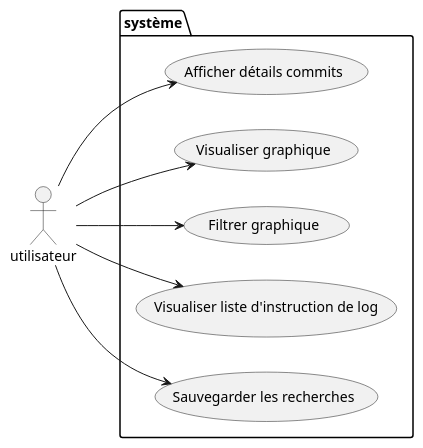
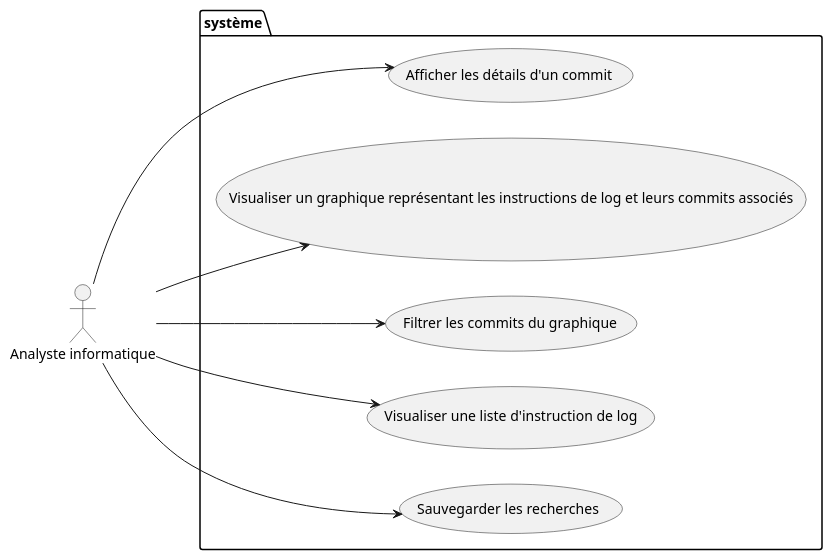
The diagram in doc/usecase.puml (woofi7/Outil-de-visualisation-evolution-des-traces-execution), drawn with PlantUML before and after one commit. The commit also changed 5 other files, not shown here.

```diff
--- a/doc/usecase.puml
+++ b/doc/usecase.puml
@@ -1,17 +1,17 @@
 @startuml usecase
 left to right direction
-actor utilisateur
+actor "Analyste informatique" as ana
 package système{
-    usecase "Afficher détails commits" as UC1
-    usecase "Visualiser graphique" as UC2
-    usecase "Filtrer graphique" as UC3
-    usecase "Visualiser liste d'instruction de log" as UC4
+    usecase "Afficher les détails d'un commit" as UC1
+    usecase "Visualiser un graphique représentant les instructions de log et leurs commits associés" as UC2
+    usecase "Filtrer les commits du graphique" as UC3
+    usecase "Visualiser une liste d'instruction de log" as UC4
     usecase "Sauvegarder les recherches" as UC5
 }
 
-utilisateur --> UC1
-utilisateur --> UC2
-utilisateur --> UC3
-utilisateur --> UC4
-utilisateur --> UC5
+ana --> UC1
+ana --> UC2
+ana --> UC3
+ana --> UC4
+ana --> UC5
 @enduml
```
